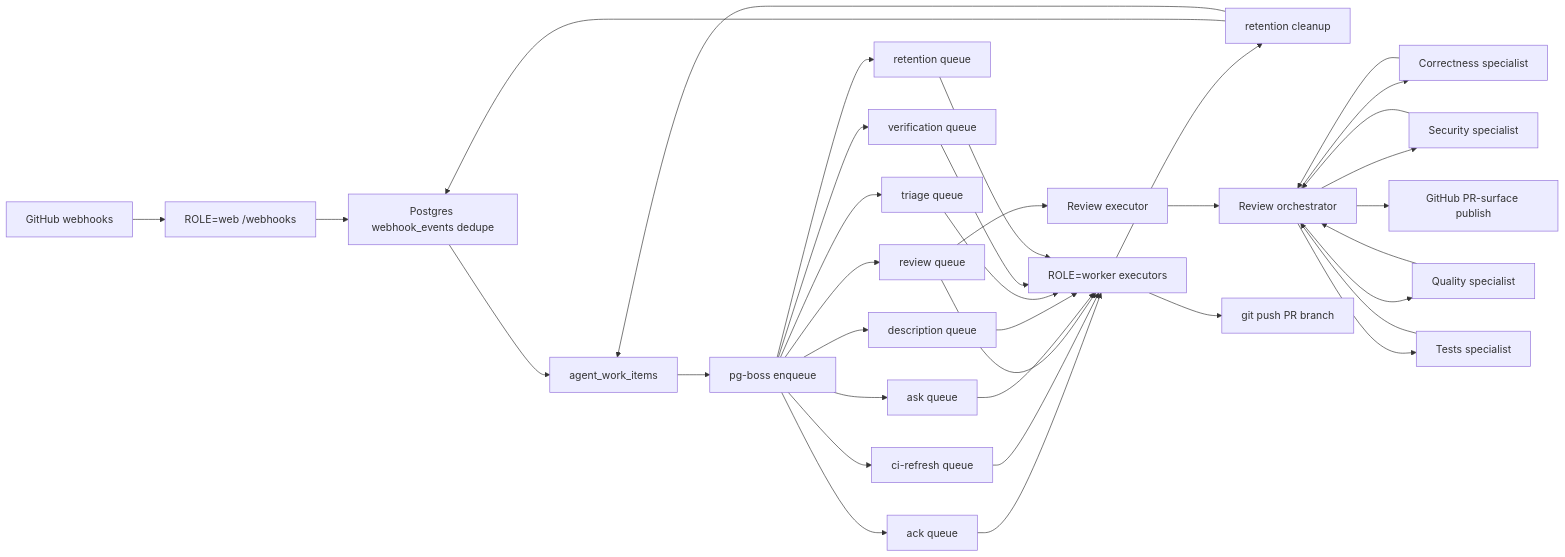
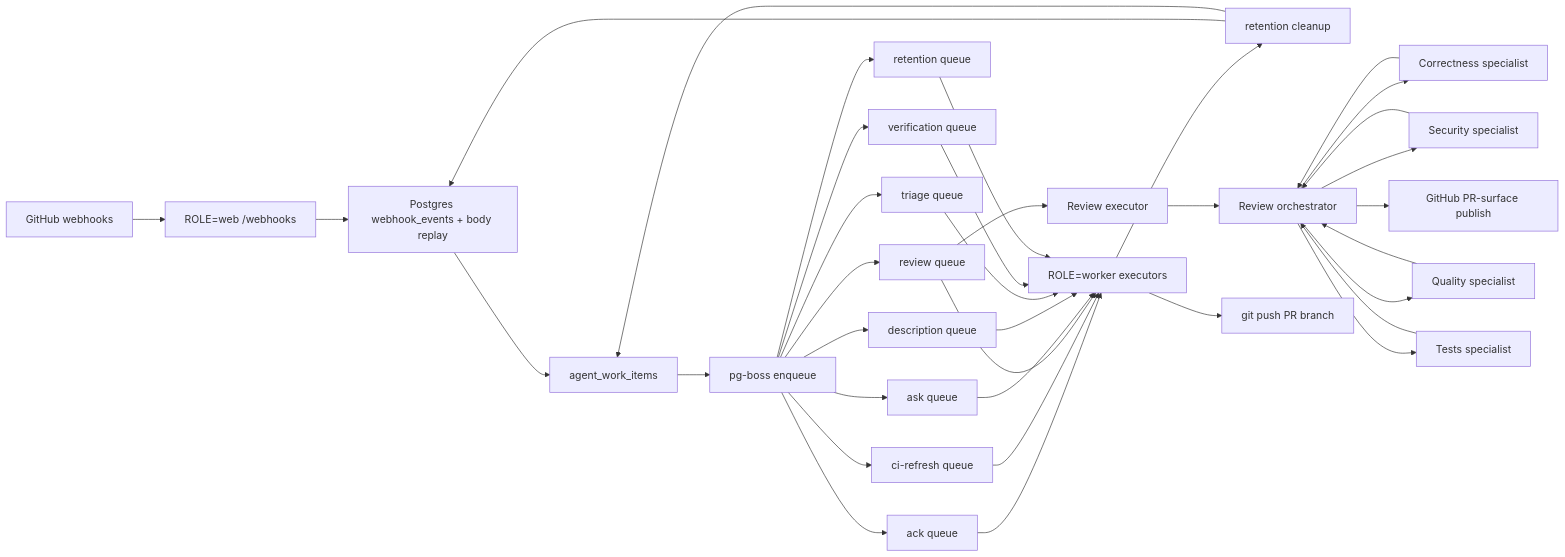
Before and after one commit to prathamdby/pr-agent: the diagram in README.md, drawn with Mermaid. The commit also changed other lines of this file and 19 other files, not shown here.

Commit message:
fix: block webhook body replays

````diff
--- a/README.md
+++ b/README.md
@@ -229,38 +229,38 @@
 ```mermaid
 flowchart LR
   GitHub[GitHub webhooks] --> Web["ROLE=web /webhooks"]
-  Web --> Dedupe[Postgres webhook_events dedupe]
+  Web --> Dedupe[Postgres webhook_events + body replay]
   Dedupe --> Items[agent_work_items]
   Items --> Boss[pg-boss enqueue]
   Boss --> AckQ[ack queue]
   Boss --> CiRefQ[ci-refresh queue]
   Boss --> RevQ[review queue]
   Boss --> AskQ[ask queue]
   Boss --> DescQ[description queue]
   Boss --> TriageQ[triage queue]
   Boss --> VerifQ[verification queue]
   Boss --> RetQ[retention queue]
   AckQ --> Worker["ROLE=worker executors"]
   CiRefQ --> Worker
   RevQ --> Worker
   AskQ --> Worker
   DescQ --> Worker
   TriageQ --> Worker
   VerifQ --> Worker
   RetQ --> Worker
   Worker --> Retention[retention cleanup]
   Retention --> Dedupe
   Retention --> Items
   RevQ --> ReviewExec[Review executor]
   ReviewExec --> Orchestrator[Review orchestrator]
   Orchestrator --> Correctness[Correctness specialist]
   Orchestrator --> Security[Security specialist]
   Orchestrator --> Quality[Quality specialist]
   Orchestrator --> Tests[Tests specialist]
   Correctness --> Orchestrator
   Security --> Orchestrator
   Quality --> Orchestrator
   Tests --> Orchestrator
   Orchestrator --> Publish[GitHub PR-surface publish]
   Worker --> Push[git push PR branch]
 ```
````
